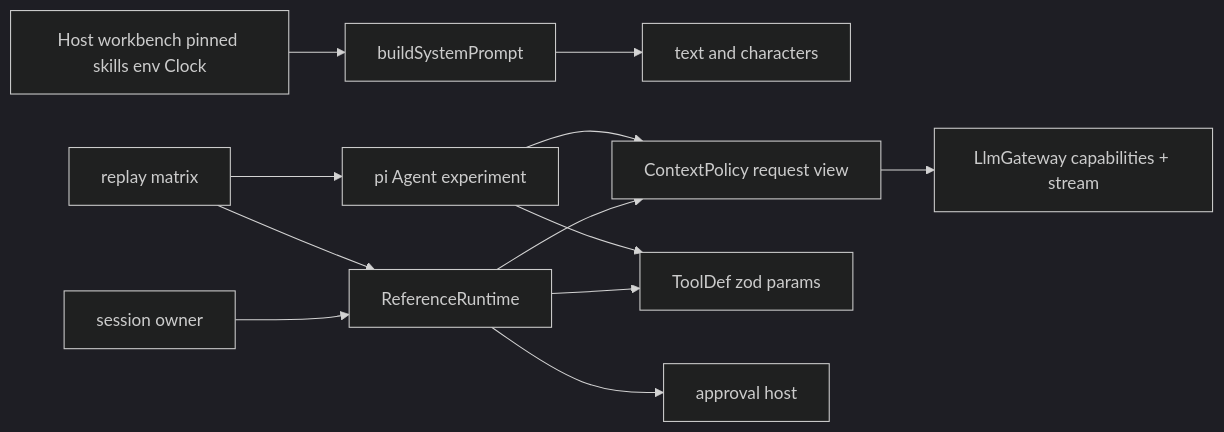
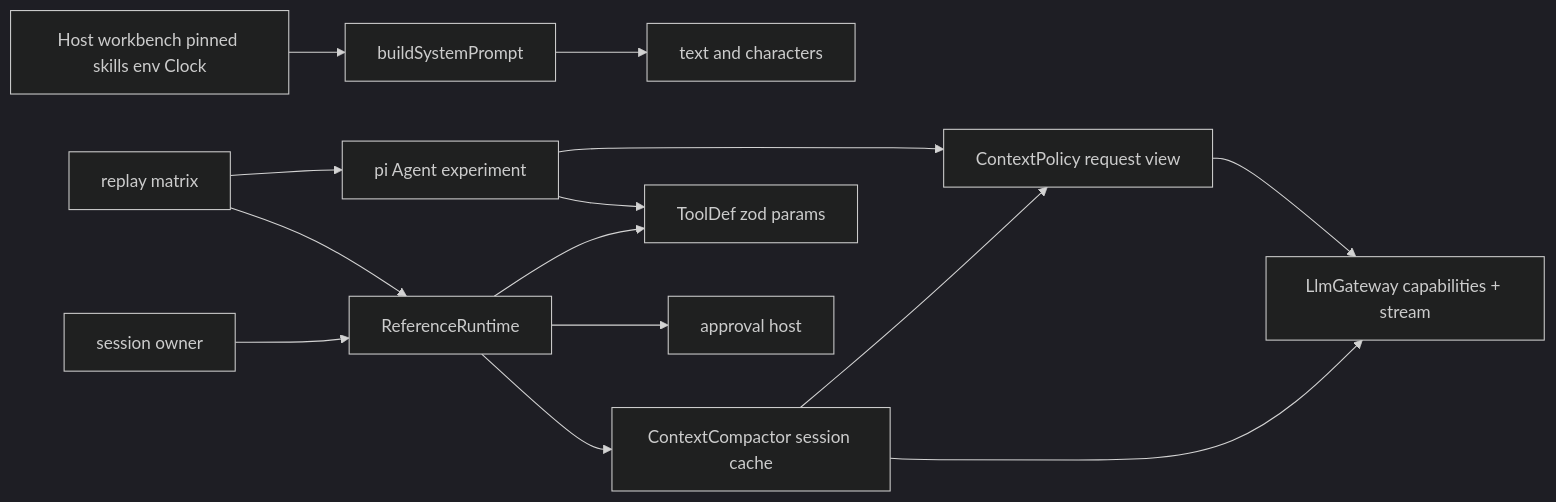
One commit to DDP-Engineering/2026_Virtual_Embedded_Rig_Assistant changed the diagram in .agentic/knowledge/agent-runtime.md. Above: the diagram before and after it, drawn with Mermaid (dark theme). The commit also changed other lines of this file and 22 other files, not shown here.

````diff
--- a/.agentic/knowledge/agent-runtime.md
+++ b/.agentic/knowledge/agent-runtime.md
@@ -47,14 +54,16 @@
 ```mermaid
 flowchart LR
  Host[Host workbench pinned skills env Clock] --> Prompt[buildSystemPrompt]
  Prompt --> PromptResult[text and characters]
  Session[session owner] --> Runtime[ReferenceRuntime]
- Runtime --> Context[ContextPolicy request view]
+ Runtime --> Compactor[ContextCompactor session cache]
+ Compactor --> Context[ContextPolicy request view]
+ Compactor --> Gateway
  Context --> Gateway[LlmGateway capabilities + stream]
  Runtime --> Tool[ToolDef zod params]
  Runtime --> Approval[approval host]
  Harness[replay matrix] --> Runtime
  Harness --> Pi[pi Agent experiment]
  Pi --> Context
  Pi --> Tool
 ```
````
